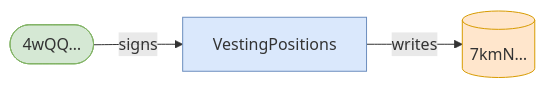
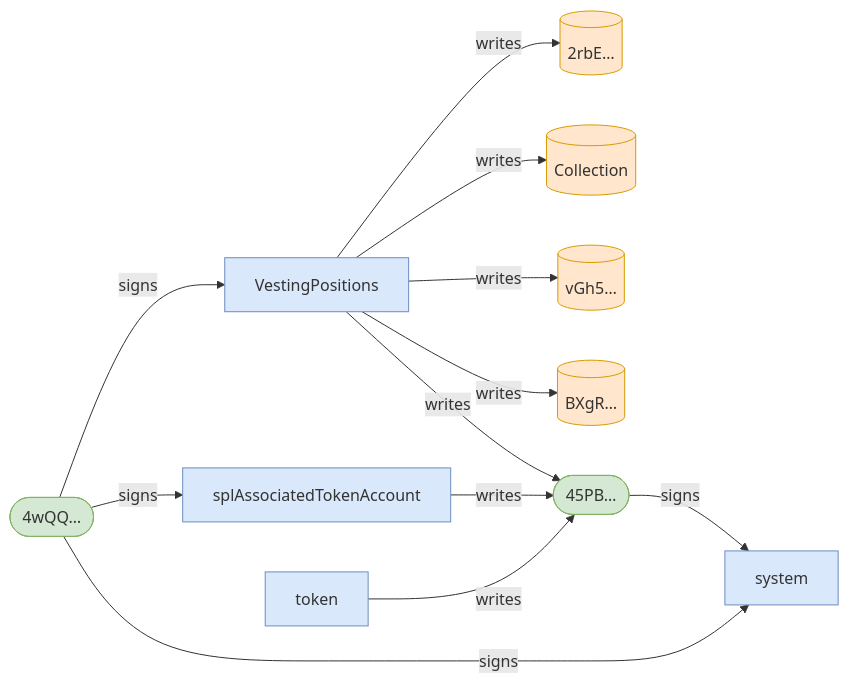
Before and after one commit to cds-turbin3/vesting-position: the second of 3 diagrams in babelfish-tests/test-report/cancel_campaign_requires_creator.md, drawn with Mermaid. The commit also changed other lines of this file and 50 other files, not shown here.

````diff
--- a/babelfish-tests/test-report/cancel_campaign_requires_creator.md
+++ b/babelfish-tests/test-report/cancel_campaign_requires_creator.md
@@ -16,11 +39,27 @@
 ```mermaid
 flowchart LR
     VestingPositions["VestingPositions"]:::program
     4wQQ(["4wQQ…"]):::signer
-    7kmN[("7kmN…")]:::state
+    2rbE[("2rbE…")]:::state
+    Collection[("Collection")]:::state
+    vGh5[("vGh5…")]:::state
+    BXgR[("BXgR…")]:::state
+    45PB(["45PB…"]):::signer
+    splAssociatedTokenAccount["splAssociatedTokenAccount"]:::program
+    token["token"]:::program
+    system["system"]:::program
     4wQQ -->|signs| VestingPositions
-    VestingPositions -->|writes| 7kmN
+    VestingPositions -->|writes| 2rbE
+    VestingPositions -->|writes| Collection
+    VestingPositions -->|writes| vGh5
+    VestingPositions -->|writes| BXgR
+    VestingPositions -->|writes| 45PB
+    4wQQ -->|signs| splAssociatedTokenAccount
+    splAssociatedTokenAccount -->|writes| 45PB
+    4wQQ -->|signs| system
+    45PB -->|signs| system
+    token -->|writes| 45PB
     classDef program fill:#dae8fc,stroke:#6c8ebf;
     classDef signer fill:#d5e8d4,stroke:#82b366;
     classDef state fill:#ffe6cc,stroke:#d79b00;
 ```
````
